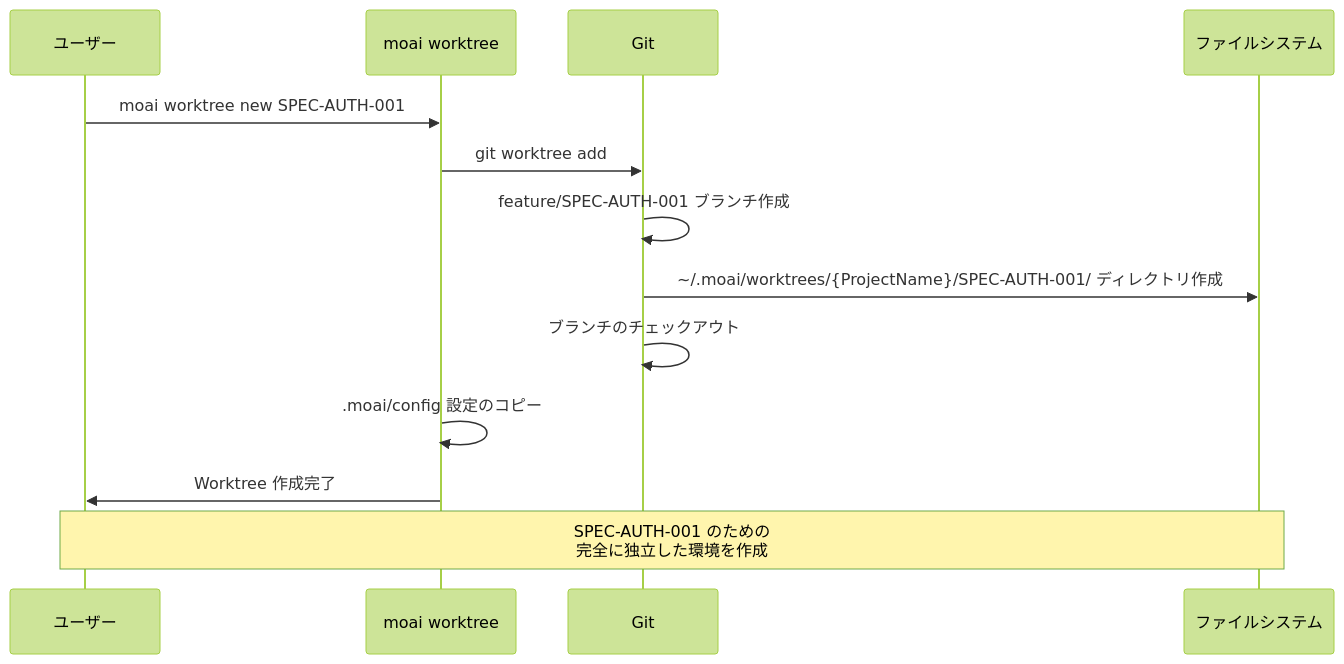
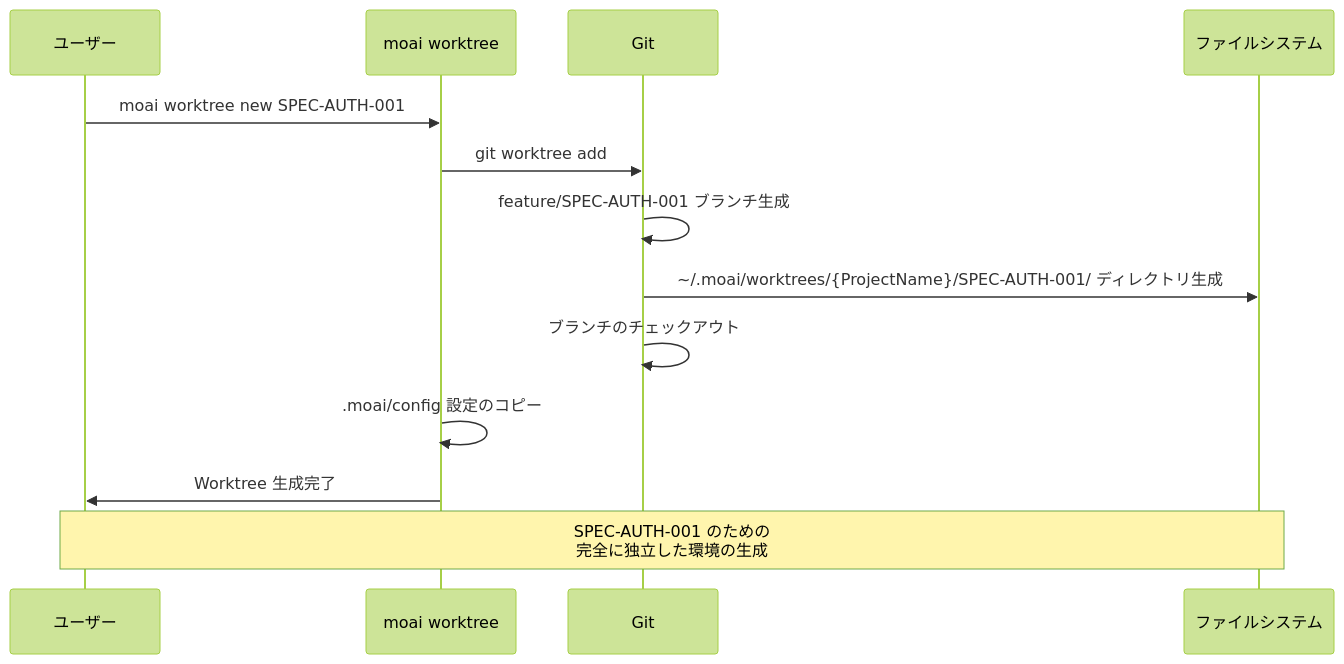
The second of 10 diagrams in docs-site/content/ja/worktree/guide.md (modu-ai/moai-adk), drawn with Mermaid (forest theme) before and after one commit. The commit also changed other lines of this file and 180 other files, not shown here.

````diff
--- a/docs-site/content/ja/worktree/guide.md
+++ b/docs-site/content/ja/worktree/guide.md
@@ -95,17 +100,17 @@
 ```mermaid
 sequenceDiagram
     participant User as ユーザー
     participant CLI as moai worktree
     participant Git as Git
     participant FS as ファイルシステム
 
     User->>CLI: moai worktree new SPEC-AUTH-001
     CLI->>Git: git worktree add
-    Git->>Git: feature/SPEC-AUTH-001 ブランチ作成
-    Git->>FS: ~/.moai/worktrees/{ProjectName}/SPEC-AUTH-001/ ディレクトリ作成
+    Git->>Git: feature/SPEC-AUTH-001 ブランチ生成
+    Git->>FS: ~/.moai/worktrees/{ProjectName}/SPEC-AUTH-001/ ディレクトリ生成
     Git->>Git: ブランチのチェックアウト
     CLI->>CLI: .moai/config 設定のコピー
-    CLI->>User: Worktree 作成完了
+    CLI->>User: Worktree 生成完了
 
-    Note over User,FS: SPEC-AUTH-001 のための<br/>完全に独立した環境を作成
+    Note over User,FS: SPEC-AUTH-001 のための<br/>完全に独立した環境の生成
 ```
````
